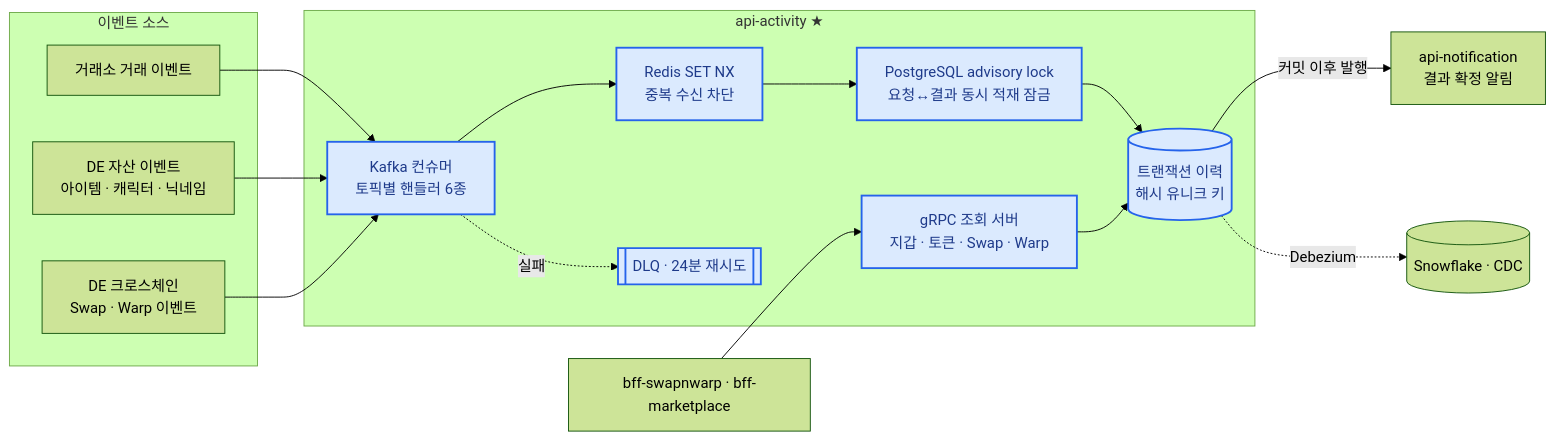
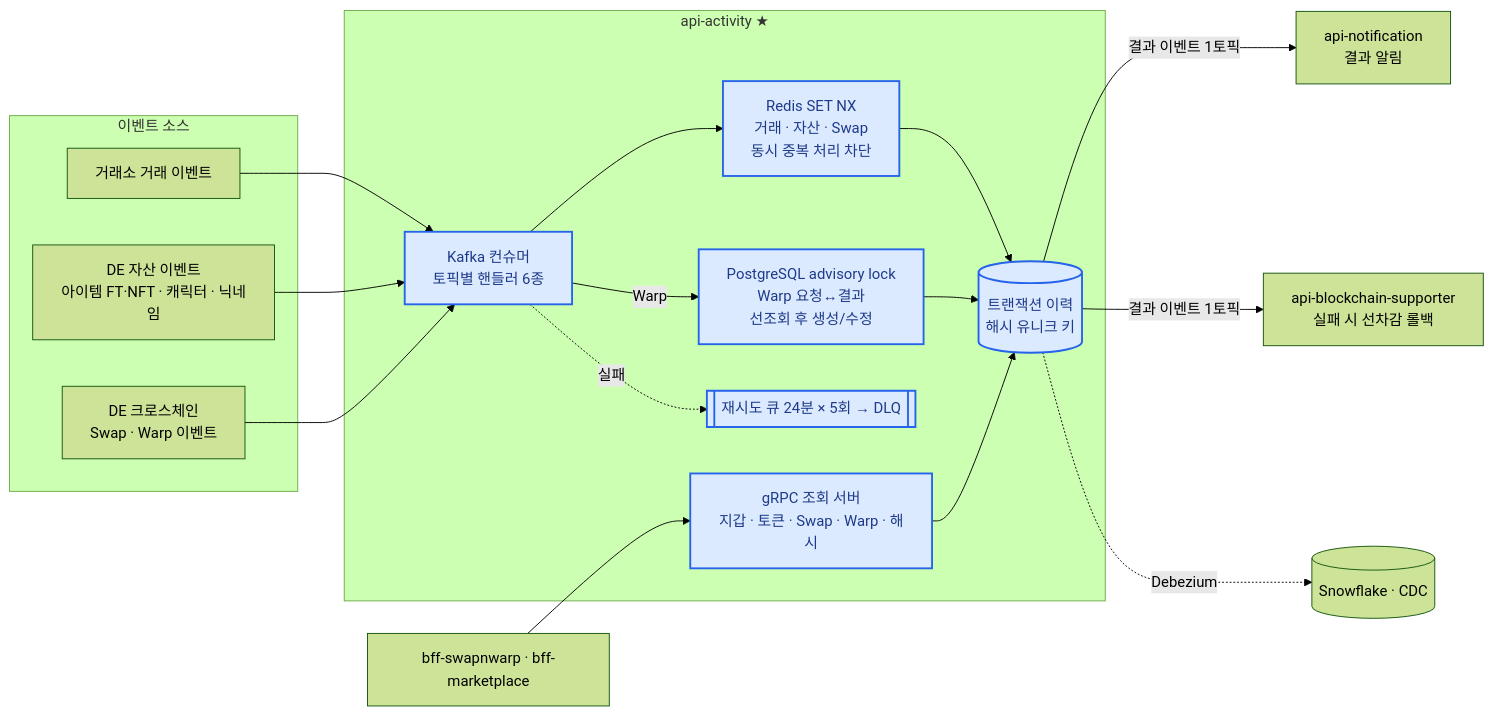
One commit to shalwxy/career changed the diagram in content/diagrams/activity.mmd. Above: the diagram before and after it, drawn with Mermaid (forest theme). The commit also changed 30 other files, not shown here.

```diff
--- a/content/diagrams/activity.mmd
+++ b/content/diagrams/activity.mmd
@@ -1,26 +1,30 @@
 %% title: api-activity — 트랜잭션 이력 적재·조회·알림
 %% title_en: api-activity — transaction ledger ingest · query · notify
 flowchart LR
     subgraph IN[이벤트 소스]
         MK[거래소 거래 이벤트]
-        DE1[DE 자산 이벤트<br/>아이템 · 캐릭터 · 닉네임]
+        DE1[DE 자산 이벤트<br/>아이템 FT·NFT · 캐릭터 · 닉네임]
         DE2[DE 크로스체인<br/>Swap · Warp 이벤트]
     end
     subgraph ACT[api-activity ★]
         C[Kafka 컨슈머<br/>토픽별 핸들러 6종]
-        DD[Redis SET NX<br/>중복 수신 차단]
-        LK[PostgreSQL advisory lock<br/>요청↔결과 동시 적재 잠금]
+        DD[Redis SET NX<br/>거래 · 자산 · Swap<br/>동시 중복 처리 차단]
+        LK[PostgreSQL advisory lock<br/>Warp 요청↔결과<br/>선조회 후 생성/수정]
         DB[(트랜잭션 이력<br/>해시 유니크 키)]
-        Q[gRPC 조회 서버<br/>지갑 · 토큰 · Swap · Warp]
-        DLQ[[DLQ · 24분 재시도]]
+        Q[gRPC 조회 서버<br/>지갑 · 토큰 · Swap · Warp · 해시]
+        RT[[재시도 큐 24분 × 5회 → DLQ]]
     end
-    N[api-notification<br/>결과 확정 알림]
+    N[api-notification<br/>결과 알림]
+    BCS[api-blockchain-supporter<br/>실패 시 선차감 롤백]
     B[bff-swapnwarp · bff-marketplace]
     SF[(Snowflake · CDC)]
-    MK & DE1 & DE2 --> C --> DD --> LK --> DB
-    C -. 실패 .-> DLQ
-    DB -- 커밋 이후 발행 --> N
+    MK & DE1 --> C
+    DE2 --> C
+    C --> DD --> DB
+    C -- Warp --> LK --> DB
+    C -. 실패 .-> RT
+    DB -- 결과 이벤트 1토픽 --> N & BCS
     DB -. Debezium .-> SF
     B --> Q --> DB
     classDef mine fill:#dbeafe,stroke:#2563eb,stroke-width:2px,color:#1e3a8a
-    class C,DD,LK,DB,Q,DLQ mine
+    class C,DD,LK,DB,Q,RT mine
```
